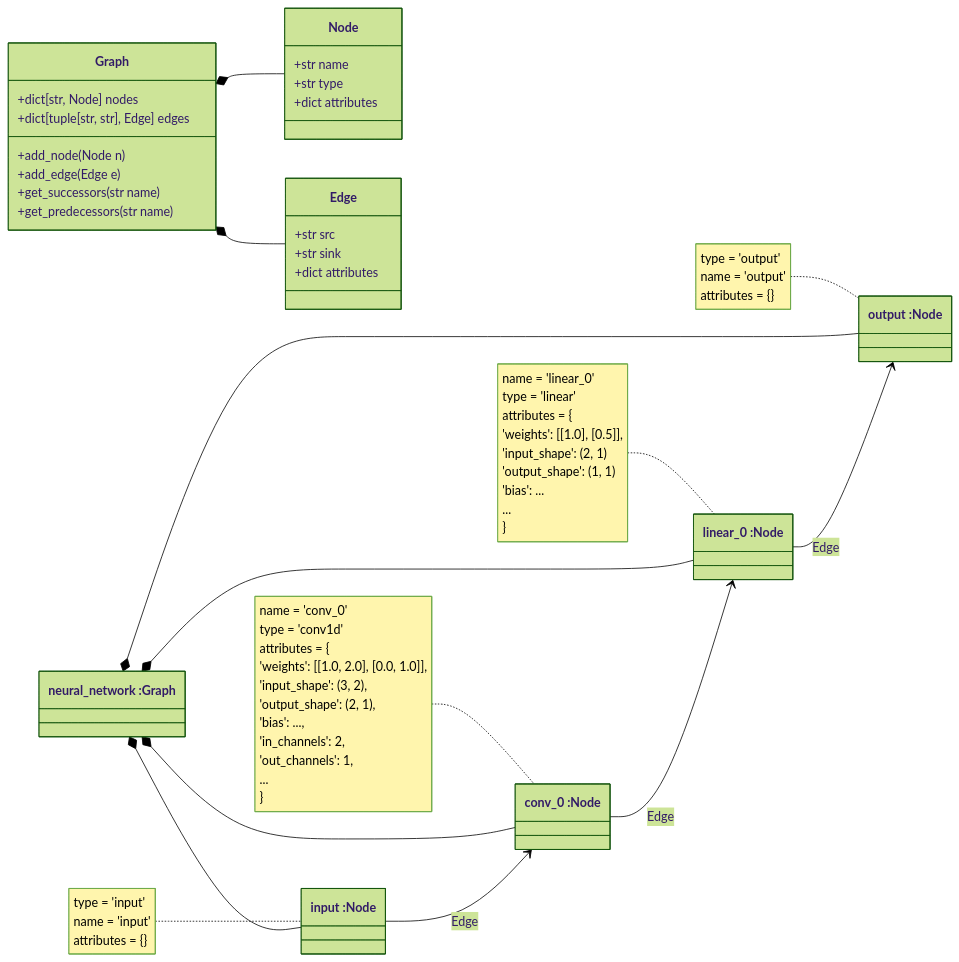
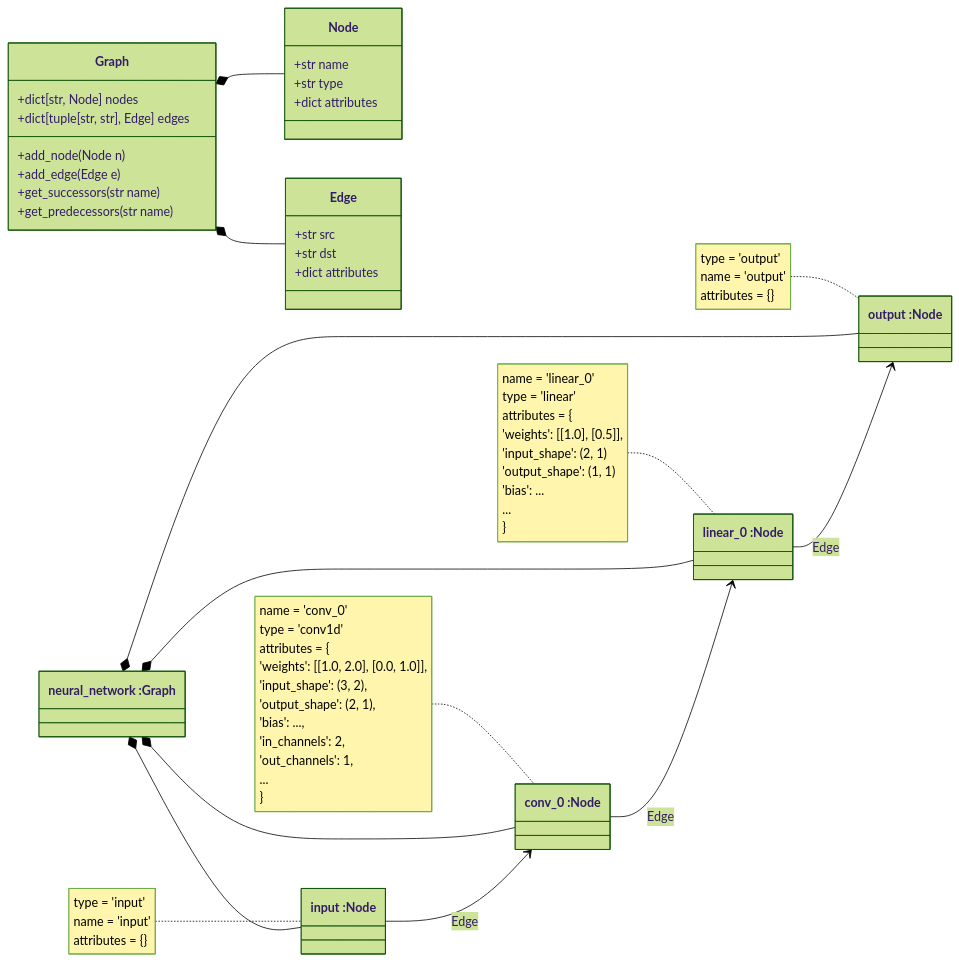
The second of 2 diagrams in docs/creator/ir2vhdl.md (es-ude/elastic-ai.creator), drawn with Mermaid (forest theme) before and after one commit. The commit also changed other lines of this file and 27 other files, not shown here.

First line of the commit message:
refactor(ir)!: rename sink to destination/dst

````diff
--- a/docs/creator/ir2vhdl.md
+++ b/docs/creator/ir2vhdl.md
@@ -65,75 +65,75 @@
 ```mermaid
 
     classDiagram
       direction LR
       class Node {
         +str name
         +str type
         +dict attributes
       }
 
       class Edge {
         +str src
-        +str sink
+        +str dst
         +dict attributes
       }
 
       class Graph {
         +dict[str, Node] nodes
         +dict[tuple[str, str], Edge] edges
         +add_node(Node n)
         +add_edge(Edge e)
         +get_successors(str name)
         +get_predecessors(str name)
       }
 
       Graph *-- Node
       Graph *-- Edge
 
     class neural_network["neural_network :Graph"]
 
     class input["input :Node"]
     class conv_0["conv_0 :Node"]
     class linear_0["linear_0 :Node"]
     class output["output :Node"]
 
     neural_network *-- conv_0
     neural_network *-- linear_0
     neural_network *-- input
     neural_network *-- output
 
     note for input  "type = 'input'
     name = 'input'
     attributes = {}"
 
     note for output "type = 'output'
     name = 'output'
     attributes = {}
     "
 
     note for conv_0 "name = 'conv_0'
     type = 'conv1d'
     attributes = {
         'weights': [[1.0, 2.0], [0.0, 1.0]],
         'input_shape': (3, 2),
         'output_shape': (2, 1),
         'bias': ...,
         'in_channels': 2,
         'out_channels': 1,
         ...
      }"
 
     note for linear_0 "name = 'linear_0'
     type = 'linear'
     attributes = {
         'weights': [[1.0], [0.5]],
         'input_shape': (2, 1)
         'output_shape': (1, 1)
         'bias': ...
         ...
     }"
 
     input --> conv_0 : Edge
     conv_0 --> linear_0 : Edge
     linear_0 --> output : Edge
 ```
````
